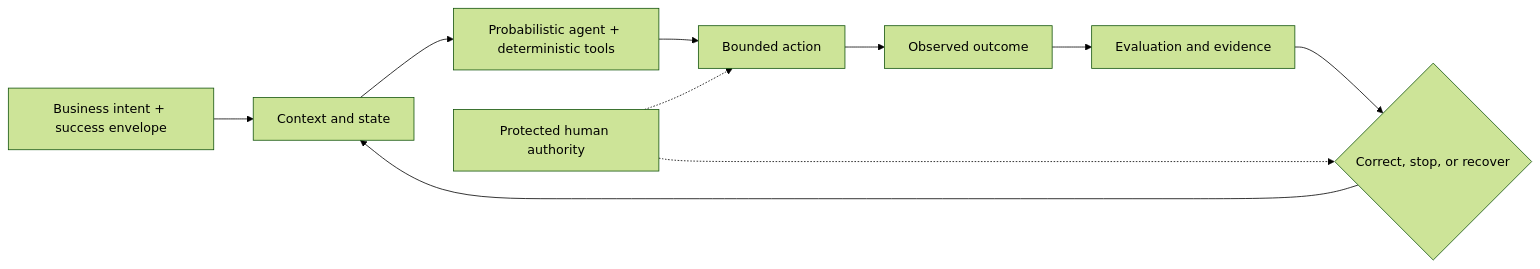
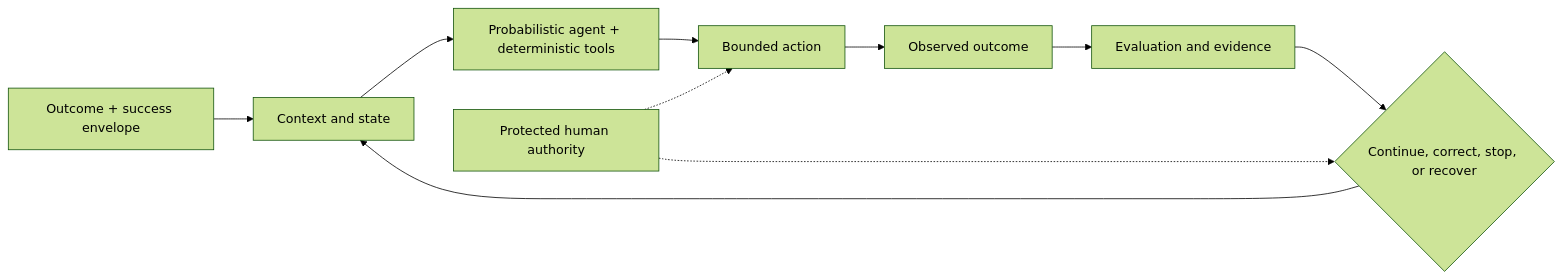
Before and after one commit to yiwei79/root-azoth: the diagram in kernel/templates/README.public.azoth.md, drawn with Mermaid (forest theme). The commit also changed other lines of this file and 5 other files, not shown here.

````diff
--- a/kernel/templates/README.public.azoth.md
+++ b/kernel/templates/README.public.azoth.md
@@ -44,12 +96,12 @@
 ```mermaid
 flowchart LR
-    A["Business intent + success envelope"] --> B["Context and state"]
+    A["Outcome + success envelope"] --> B["Context and state"]
     B --> C["Probabilistic agent + deterministic tools"]
     C --> D["Bounded action"]
     D --> E["Observed outcome"]
     E --> F["Evaluation and evidence"]
-    F --> G{"Correct, stop, or recover"}
+    F --> G{"Continue, correct, stop, or recover"}
     G --> B
     H["Protected human authority"] -.-> D
     H -.-> G
 ```
````
